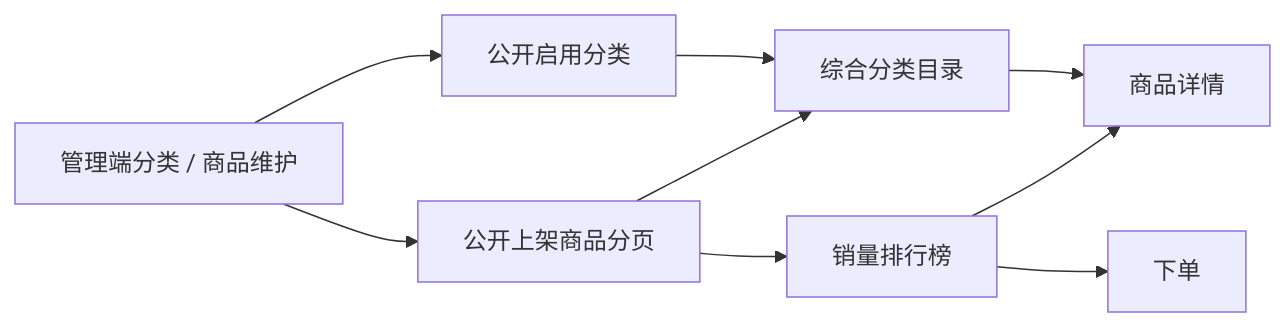
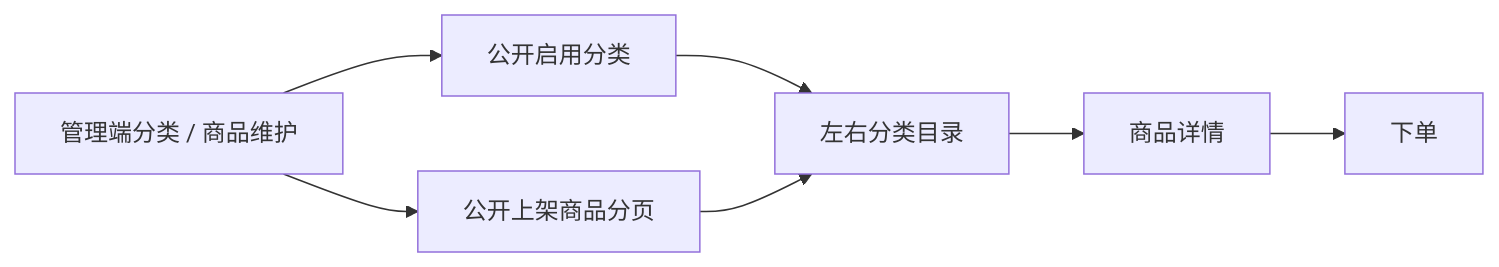
Before and after one commit to yiting001/E-sports-01: the first of 4 diagrams in docs/commerce.md, drawn with Mermaid. The commit also changed other lines of this file and 65 other files, not shown here.

````diff
--- a/docs/commerce.md
+++ b/docs/commerce.md
@@ -91,11 +93,9 @@
 ```mermaid
 flowchart LR
   Admin["管理端分类 / 商品维护"] --> CategoryAPI["公开启用分类"]
   Admin --> ProductAPI["公开上架商品分页"]
-  CategoryAPI --> Catalog["综合分类目录"]
+  CategoryAPI --> Catalog["左右分类目录"]
   ProductAPI --> Catalog
-  ProductAPI --> Rank["销量排行榜"]
   Catalog --> Detail["商品详情"]
-  Rank --> Detail
-  Rank --> Checkout["下单"]
+  Detail --> Checkout["下单"]
 ```
````
